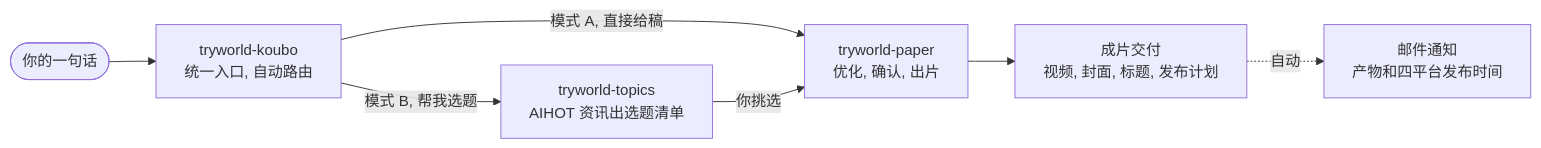
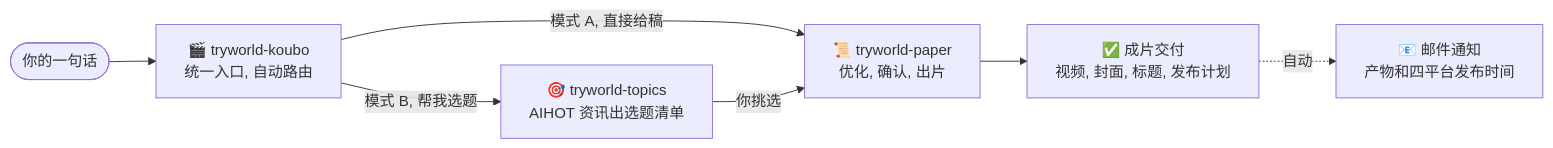
One commit to TryWorld2026/paper-algorithm changed the diagram in README.zh-CN.md. Above: the diagram before and after it, drawn with Mermaid. The commit also changed 1 other file, not shown here.

Commit message:
恢复 README Mermaid 节点 emoji（真实浏览器渲染正常，此前为 headless 截图假象）

````diff
--- a/README.zh-CN.md
+++ b/README.zh-CN.md
@@ -143,9 +143,9 @@
 ```mermaid
 flowchart LR
-    U(["你的一句话"]) --> P["tryworld-koubo<br/>统一入口, 自动路由"]
-    P -- "模式 A, 直接给稿" --> A["tryworld-paper<br/>优化, 确认, 出片"]
-    P -- "模式 B, 帮我选题" --> S["tryworld-topics<br/>AIHOT 资讯出选题清单"]
+    U(["你的一句话"]) --> P["🎬 tryworld-koubo<br/>统一入口, 自动路由"]
+    P -- "模式 A, 直接给稿" --> A["📜 tryworld-paper<br/>优化, 确认, 出片"]
+    P -- "模式 B, 帮我选题" --> S["🎯 tryworld-topics<br/>AIHOT 资讯出选题清单"]
     S -- "你挑选" --> A
-    A --> O["成片交付<br/>视频, 封面, 标题, 发布计划"]
-    O -. 自动 .-> M["邮件通知<br/>产物和四平台发布时间"]
+    A --> O["✅ 成片交付<br/>视频, 封面, 标题, 发布计划"]
+    O -. 自动 .-> M["📧 邮件通知<br/>产物和四平台发布时间"]
 ```
````
